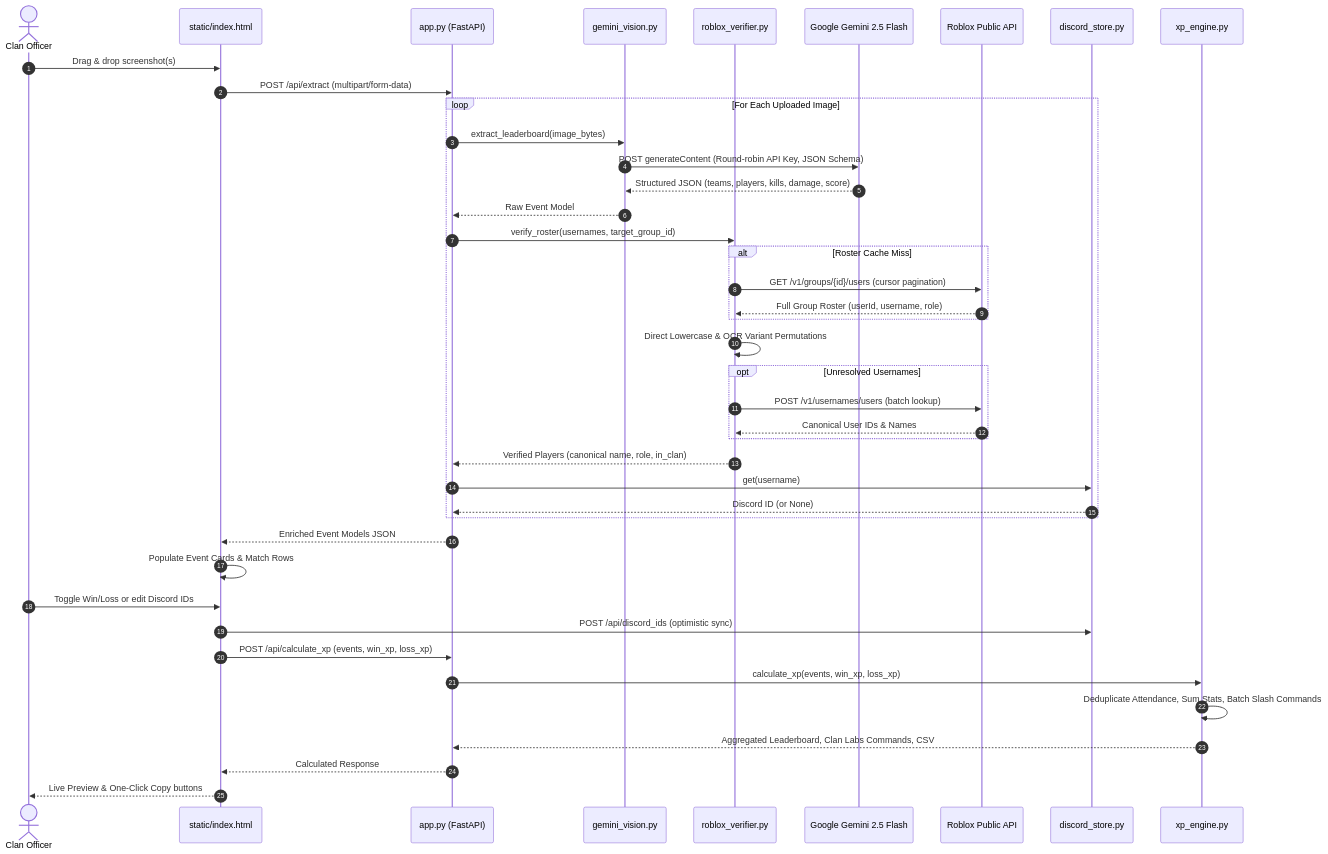
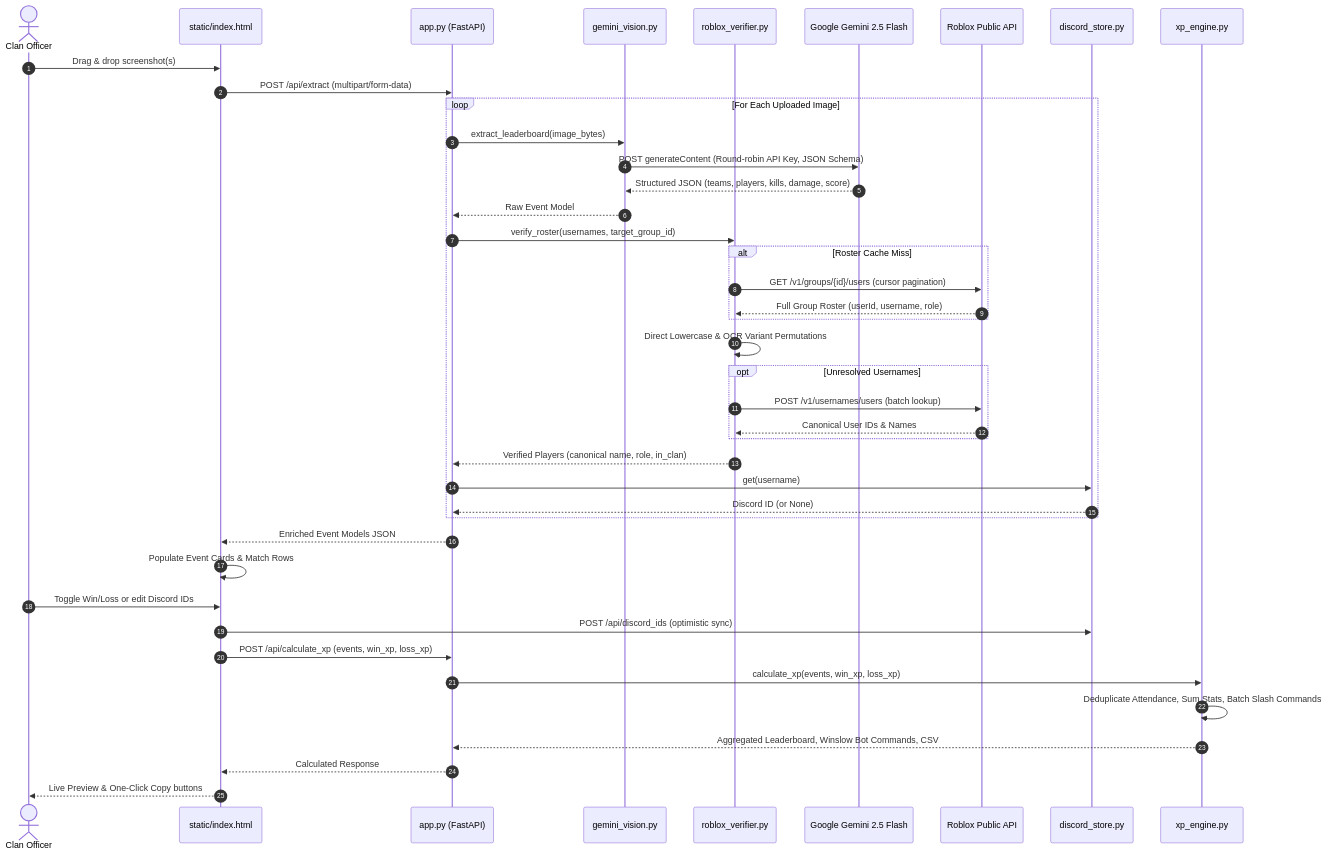
The second of 2 diagrams in ARCHITECTURE.md (himkhadr-boop/roblox-event-extractor), drawn with Mermaid before and after one commit. The commit also changed other lines of this file and 7 other files, not shown here.

Commit message:
Transition from Clan Labs to Winslow custom bot /xp-add slash commands

````diff
--- a/ARCHITECTURE.md
+++ b/ARCHITECTURE.md
@@ -74,50 +74,50 @@
 ```mermaid
 sequenceDiagram
     autonumber
     actor Officer as Clan Officer
     participant UI as static/index.html
     participant App as app.py (FastAPI)
     participant Vision as gemini_vision.py
     participant Verifier as roblox_verifier.py
     participant Gemini as Google Gemini 2.5 Flash
     participant Roblox as Roblox Public API
     participant Store as discord_store.py
     participant Engine as xp_engine.py
 
     Officer->>UI: Drag & drop screenshot(s)
     UI->>App: POST /api/extract (multipart/form-data)
     
     loop For Each Uploaded Image
         App->>Vision: extract_leaderboard(image_bytes)
         Vision->>Gemini: POST generateContent (Round-robin API Key, JSON Schema)
         Gemini-->>Vision: Structured JSON (teams, players, kills, damage, score)
         Vision-->>App: Raw Event Model
         
         App->>Verifier: verify_roster(usernames, target_group_id)
         alt Roster Cache Miss
             Verifier->>Roblox: GET /v1/groups/{id}/users (cursor pagination)
             Roblox-->>Verifier: Full Group Roster (userId, username, role)
         end
         Verifier->>Verifier: Direct Lowercase & OCR Variant Permutations
         opt Unresolved Usernames
             Verifier->>Roblox: POST /v1/usernames/users (batch lookup)
             Roblox-->>Verifier: Canonical User IDs & Names
         end
         Verifier-->>App: Verified Players (canonical name, role, in_clan)
         
         App->>Store: get(username)
         Store-->>App: Discord ID (or None)
     end
     
     App-->>UI: Enriched Event Models JSON
     UI->>UI: Populate Event Cards & Match Rows
     
     Officer->>UI: Toggle Win/Loss or edit Discord IDs
     UI->>Store: POST /api/discord_ids (optimistic sync)
     UI->>App: POST /api/calculate_xp (events, win_xp, loss_xp)
     App->>Engine: calculate_xp(events, win_xp, loss_xp)
     Engine->>Engine: Deduplicate Attendance, Sum Stats, Batch Slash Commands
-    Engine-->>App: Aggregated Leaderboard, Clan Labs Commands, CSV
+    Engine-->>App: Aggregated Leaderboard, Winslow Bot Commands, CSV
     App-->>UI: Calculated Response
     UI-->>Officer: Live Preview & One-Click Copy buttons
 ```
````
